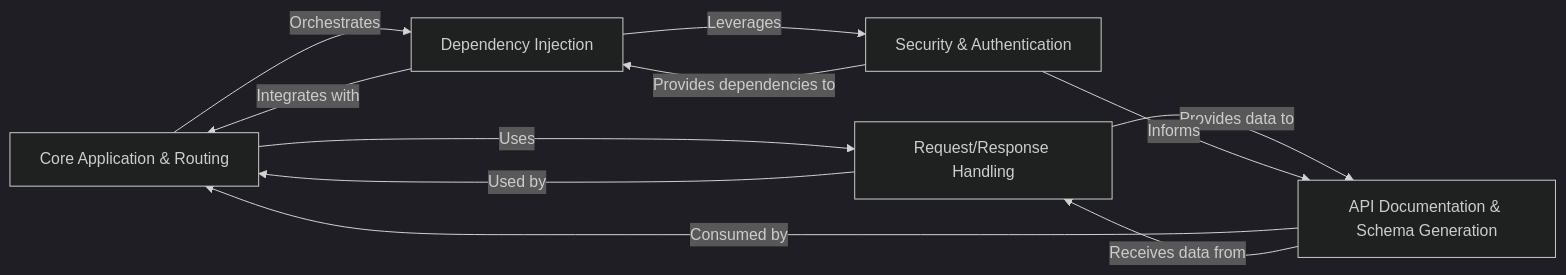
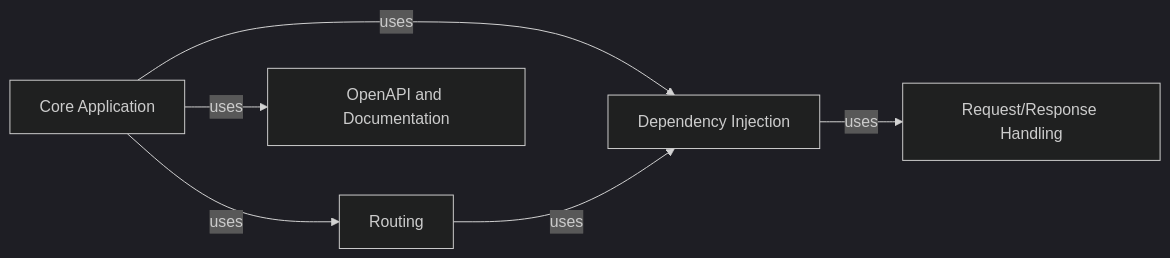
One commit to CodeBoarding/GeneratedOnBoardings changed the diagram in fastapi/on_boarding.md. Above: the diagram before and after it, drawn with Mermaid (dark theme). The commit also changed other lines of this file and 7 other files, not shown here.

````diff
--- a/fastapi/on_boarding.md
+++ b/fastapi/on_boarding.md
@@ -1,22 +1,17 @@
 ```mermaid
 graph LR
-    Core_Application_Routing["Core Application & Routing"]
+    Core_Application["Core Application"]
+    Routing["Routing"]
+    Dependency_Injection["Dependency Injection"]
     Request_Response_Handling["Request/Response Handling"]
-    Dependency_Injection["Dependency Injection"]
-    Security_Authentication["Security & Authentication"]
-    API_Documentation_Schema_Generation["API Documentation & Schema Generation"]
-    Core_Application_Routing -- "Uses" --> Request_Response_Handling
-    Core_Application_Routing -- "Orchestrates" --> Dependency_Injection
-    Request_Response_Handling -- "Used by" --> Core_Application_Routing
-    Request_Response_Handling -- "Provides data to" --> API_Documentation_Schema_Generation
-    Dependency_Injection -- "Integrates with" --> Core_Application_Routing
-    Dependency_Injection -- "Leverages" --> Security_Authentication
-    Security_Authentication -- "Provides dependencies to" --> Dependency_Injection
-    Security_Authentication -- "Informs" --> API_Documentation_Schema_Generation
-    API_Documentation_Schema_Generation -- "Consumed by" --> Core_Application_Routing
-    API_Documentation_Schema_Generation -- "Receives data from" --> Request_Response_Handling
-    click Core_Application_Routing href "https://github.com/CodeBoarding/GeneratedOnBoardings/blob/main/fastapi/Core_Application_Routing.md" "Details"
+    OpenAPI_and_Documentation["OpenAPI and Documentation"]
+    Core_Application -- "uses" --> Routing
+    Core_Application -- "uses" --> Dependency_Injection
+    Core_Application -- "uses" --> OpenAPI_and_Documentation
+    Routing -- "uses" --> Dependency_Injection
+    Dependency_Injection -- "uses" --> Request_Response_Handling
+    click Core_Application href "https://github.com/CodeBoarding/GeneratedOnBoardings/blob/main/fastapi/Core_Application.md" "Details"
+    click Dependency_Injection href "https://github.com/CodeBoarding/GeneratedOnBoardings/blob/main/fastapi/Dependency_Injection.md" "Details"
     click Request_Response_Handling href "https://github.com/CodeBoarding/GeneratedOnBoardings/blob/main/fastapi/Request_Response_Handling.md" "Details"
-    click Security_Authentication href "https://github.com/CodeBoarding/GeneratedOnBoardings/blob/main/fastapi/Security_Authentication.md" "Details"
-    click API_Documentation_Schema_Generation href "https://github.com/CodeBoarding/GeneratedOnBoardings/blob/main/fastapi/API_Documentation_Schema_Generation.md" "Details"
+    click OpenAPI_and_Documentation href "https://github.com/CodeBoarding/GeneratedOnBoardings/blob/main/fastapi/OpenAPI_and_Documentation.md" "Details"
 ```
````
